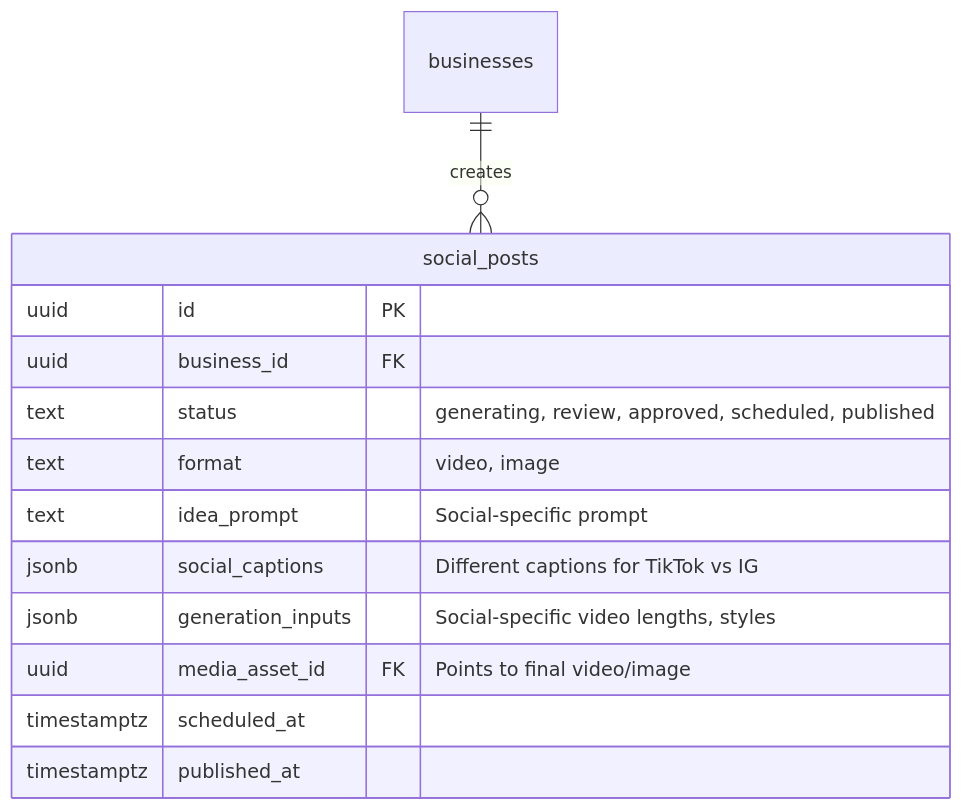
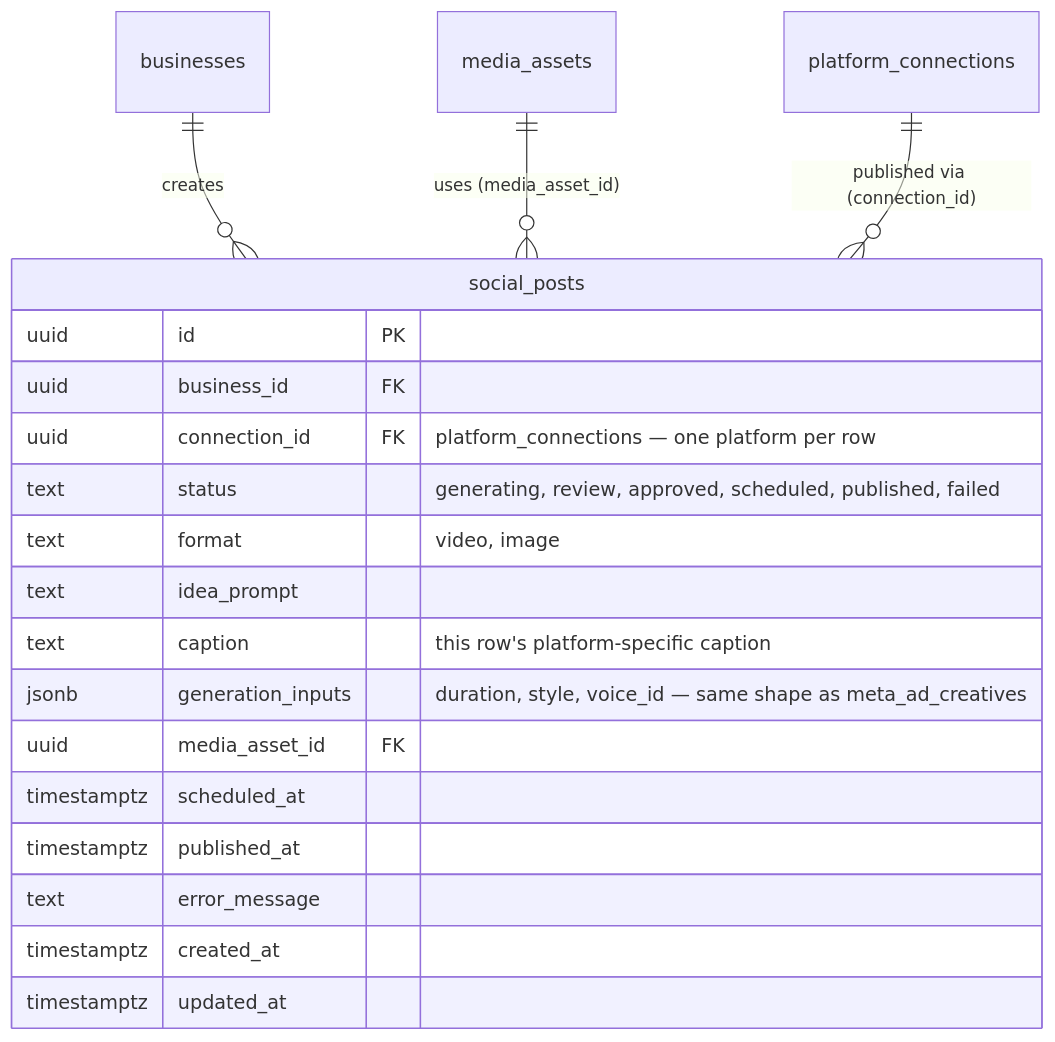
One commit to Aumatic-AI/Kinetix changed the seventh of 7 diagrams in docs/architecture/database_schema.md. Above: the diagram before and after it, drawn with Mermaid. The commit also changed other lines of this file and 124 other files, not shown here.

Commit message:
add all oauth providers to connects its accounts. and setup social media content generation

````diff
--- a/docs/architecture/database_schema.md
+++ b/docs/architecture/database_schema.md
@@ -288,17 +296,23 @@
 ```mermaid
 erDiagram
     businesses ||--o{ social_posts : "creates"
+    media_assets ||--o{ social_posts : "uses (media_asset_id)"
+    platform_connections ||--o{ social_posts : "published via (connection_id)"
 
     social_posts {
         uuid id PK
         uuid business_id FK
-        text status "generating, review, approved, scheduled, published"
+        uuid connection_id FK "platform_connections — one platform per row"
+        text status "generating, review, approved, scheduled, published, failed"
         text format "video, image"
-        text idea_prompt "Social-specific prompt"
-        jsonb social_captions "Different captions for TikTok vs IG"
-        jsonb generation_inputs "Social-specific video lengths, styles"
-        uuid media_asset_id FK "Points to final video/image"
+        text idea_prompt
+        text caption "this row's platform-specific caption"
+        jsonb generation_inputs "duration, style, voice_id — same shape as meta_ad_creatives"
+        uuid media_asset_id FK
         timestamptz scheduled_at
         timestamptz published_at
+        text error_message
+        timestamptz created_at
+        timestamptz updated_at
     }
 ```
````
